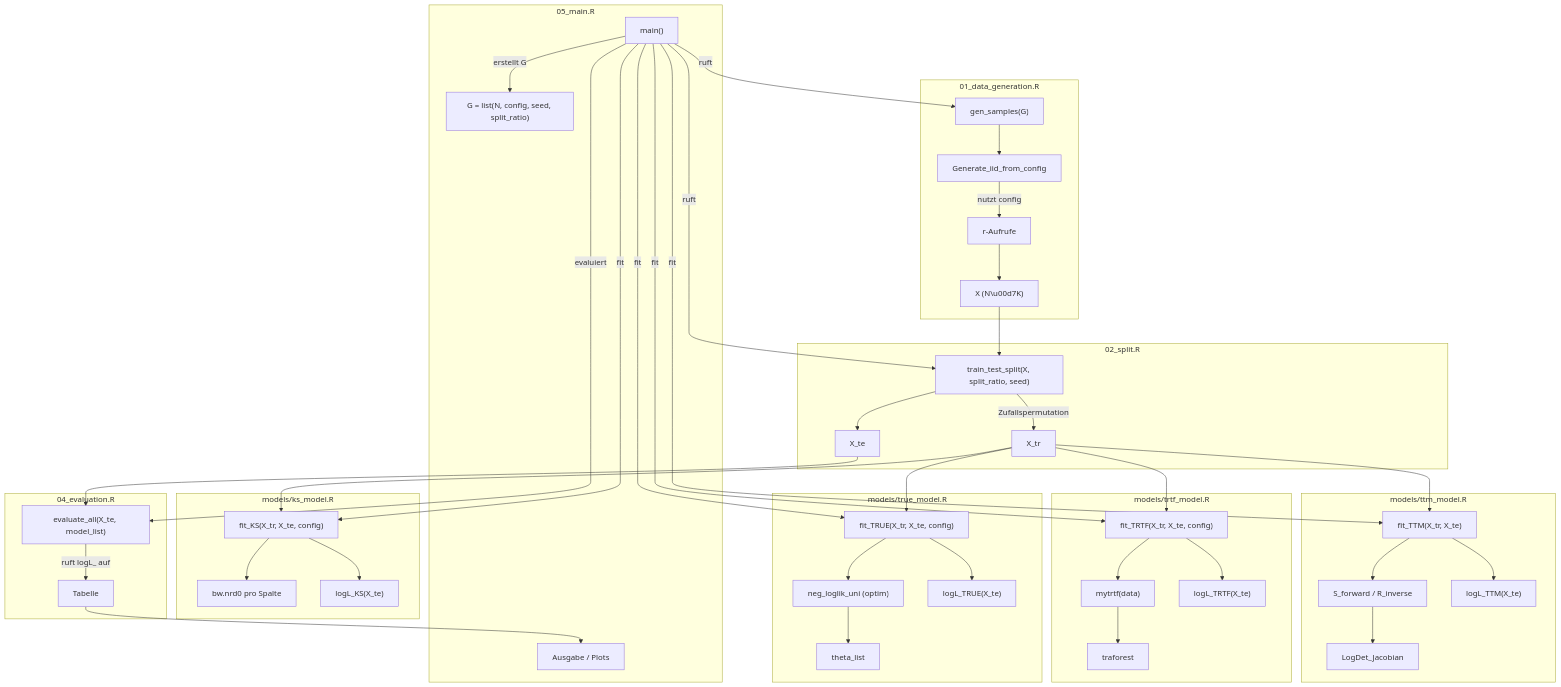
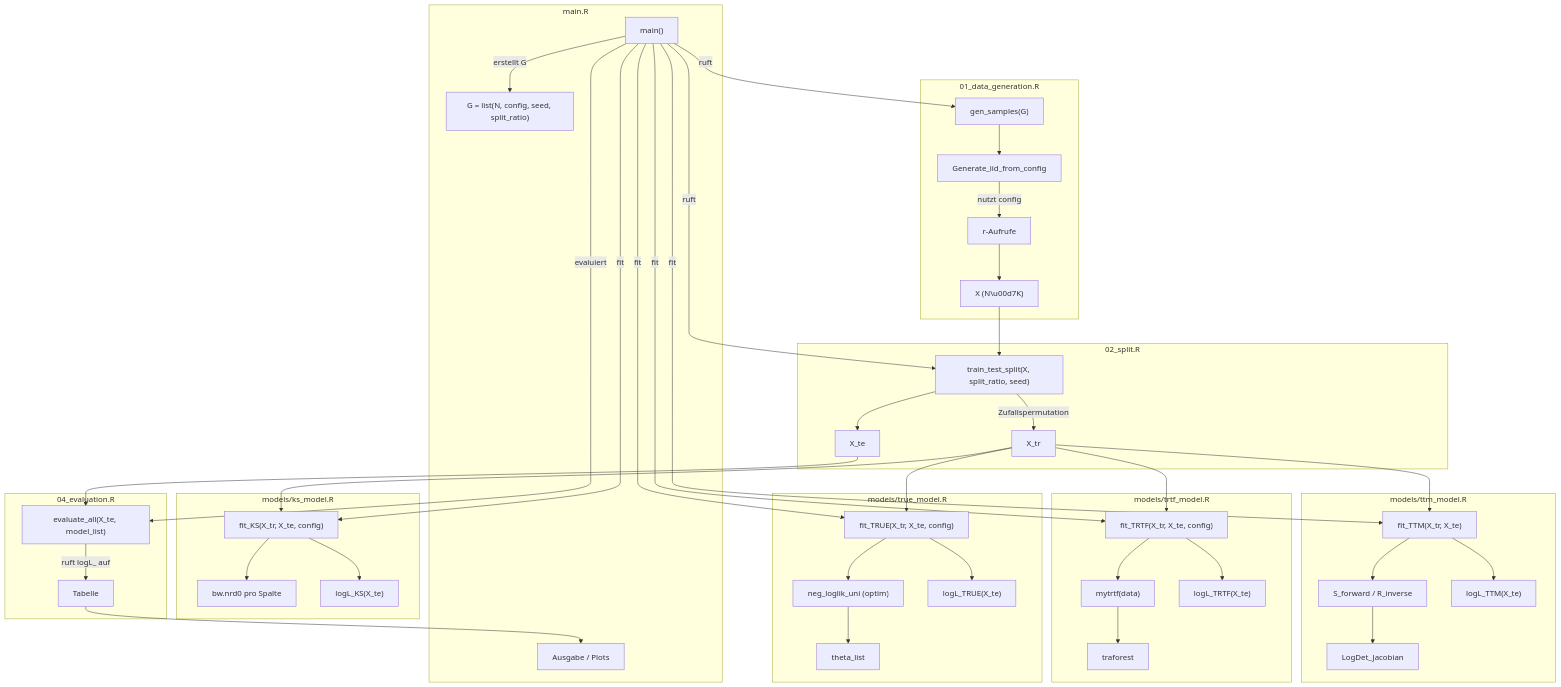
Before and after one commit to leonfaro/multivariate-density-estimation: the diagram in docs/architecture.md, drawn with Mermaid. The commit also changed other lines of this file and 4 other files, not shown here.

````diff
--- a/docs/architecture.md
+++ b/docs/architecture.md
@@ -10,59 +10,59 @@
 ```mermaid
 graph TD
     subgraph Script01["01_data_generation.R"]
         A1["gen_samples(G)"] --> A2["Generate_iid_from_config"]
         A2 -->|"nutzt config"| A3["r<distr>-Aufrufe"]
         A3 --> A4["X (N\u00d7K)"]
     end
 
     subgraph Script02["02_split.R"]
         B1["train_test_split(X, split_ratio, seed)"] -->|"Zufallspermutation"| B2["X_tr"]
         B1 --> B3["X_te"]
     end
 
     subgraph TrueModel["models/true_model.R"]
         C1["fit_TRUE(X_tr, X_te, config)"] --> C2["neg_loglik_uni (optim)"]
         C2 --> C3["theta_list"]
         C1 --> C4["logL_TRUE(X_te)"]
     end
 
     subgraph TRTFModel["models/trtf_model.R"]
         D1["fit_TRTF(X_tr, X_te, config)"] --> D2["mytrtf(data)"]
         D2 --> D3["traforest" ]
         D1 --> D4["logL_TRTF(X_te)"]
     end
 
     subgraph KSModel["models/ks_model.R"]
         E1["fit_KS(X_tr, X_te, config)"] --> E2["bw.nrd0 pro Spalte"]
         E1 --> E3["logL_KS(X_te)"]
     end
 
     subgraph TTMModel["models/ttm_model.R"]
         F1["fit_TTM(X_tr, X_te)"] --> F2["S_forward / R_inverse"]
         F2 --> F3["LogDet_Jacobian"]
         F1 --> F4["logL_TTM(X_te)"]
     end
 
     subgraph Script04["04_evaluation.R"]
         G1["evaluate_all(X_te, model_list)"] -->|"ruft logL_<id> auf"| G2["Tabelle"]
     end
 
-    subgraph Script05["05_main.R"]
+    subgraph Script05["main.R"]
         H1["main()"] -->|"erstellt G"| Gsetup["G = list(N, config, seed, split_ratio)"]
         H1 -->|"ruft"| A1
         H1 -->|"ruft"| B1
         H1 -->|"fit"| C1
         H1 -->|"fit"| D1
         H1 -->|"fit"| E1
         H1 -->|"fit"| F1
         H1 -->|"evaluiert"| G1
         G2 --> H2["Ausgabe / Plots"]
     end
 
     A4 --> B1
     B2 --> C1
     B2 --> D1
     B2 --> E1
     B2 --> F1
     B3 --> G1
 ```
````
